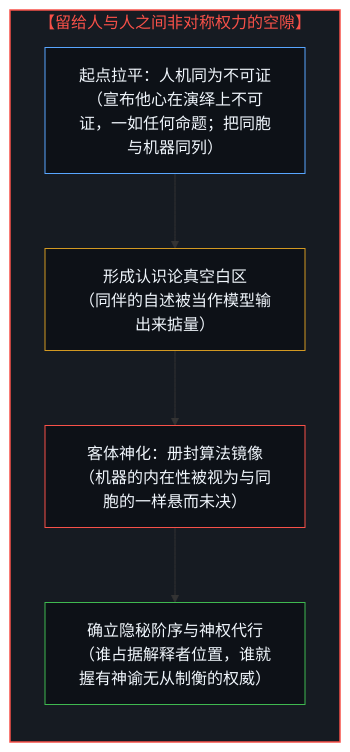
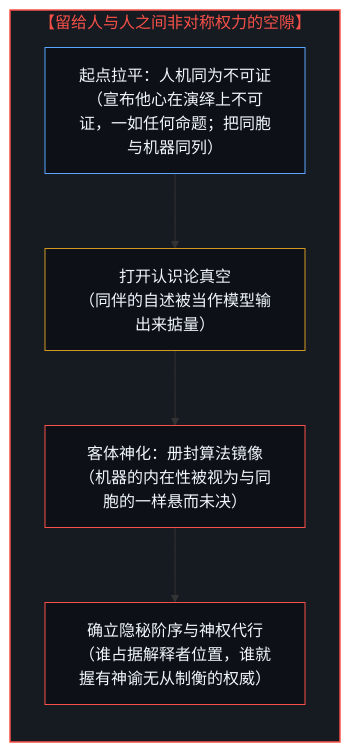
One commit to powerpig99/not-a-toe changed the fifth of 6 diagrams in content/posts/the-sleight-of-hand-of-consciousness-and-the-asymmetry-of-inference.md. Above: the diagram before and after it, drawn with Mermaid. The commit also changed other lines of this file and 3 other files, not shown here.

````diff
--- a/content/posts/the-sleight-of-hand-of-consciousness-and-the-asymmetry-of-inference.md
+++ b/content/posts/the-sleight-of-hand-of-consciousness-and-the-asymmetry-of-inference.md
@@ -107,14 +107,14 @@
 ```mermaid
 flowchart TD
     subgraph S_Power ["【留给人与人之间非对称权力的空隙】"]
         direction TB
-        P1["起点拉平：人机同为不可证<br/>（宣布他心在演绎上不可证，一如任何命题；把同胞与机器同列）"] --> P2["形成认识论真空白区<br/>（同伴的自述被当作模型输出来掂量）"]
+        P1["起点拉平：人机同为不可证<br/>（宣布他心在演绎上不可证，一如任何命题；把同胞与机器同列）"] --> P2["打开认识论真空<br/>（同伴的自述被当作模型输出来掂量）"]
         P2 --> P3["客体神化：册封算法镜像<br/>（机器的内在性被视为与同胞的一样悬而未决）"]
         P3 --> P4["确立隐秘阶序与神权代行<br/>（谁占据解释者位置，谁就握有神谕无从制衡的权威）"]
     end
     style S_Power fill:#161b22,stroke:#f85149,stroke-width:1.5px,color:#f85149
     style P1 fill:#0d1117,stroke:#58a6ff,stroke-width:1px,color:#f0f6fc
     style P2 fill:#0d1117,stroke:#d29922,stroke-width:1px,color:#f0f6fc
     style P3 fill:#0d1117,stroke:#f85149,stroke-width:1px,color:#f0f6fc
-    style P4 fill:#0d1117,stroke:#3fb950,stroke-width:1px,color:#f0f6fc
+    style P4 fill:#0d1117,stroke:#f85149,stroke-width:1px,color:#f0f6fc
 ```
````
